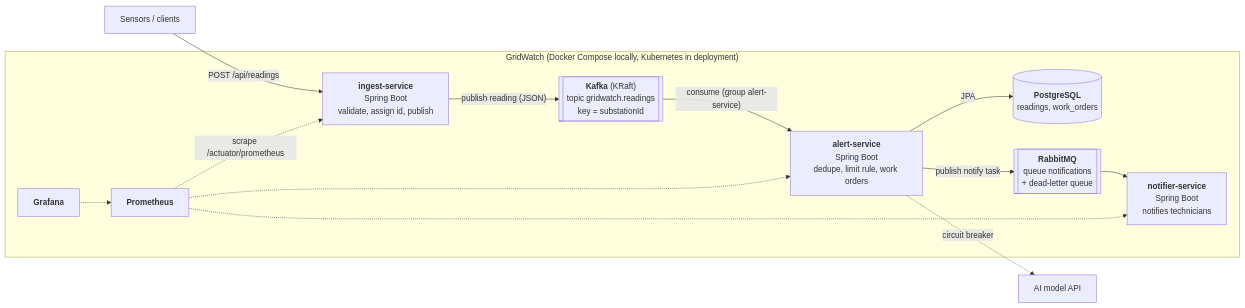
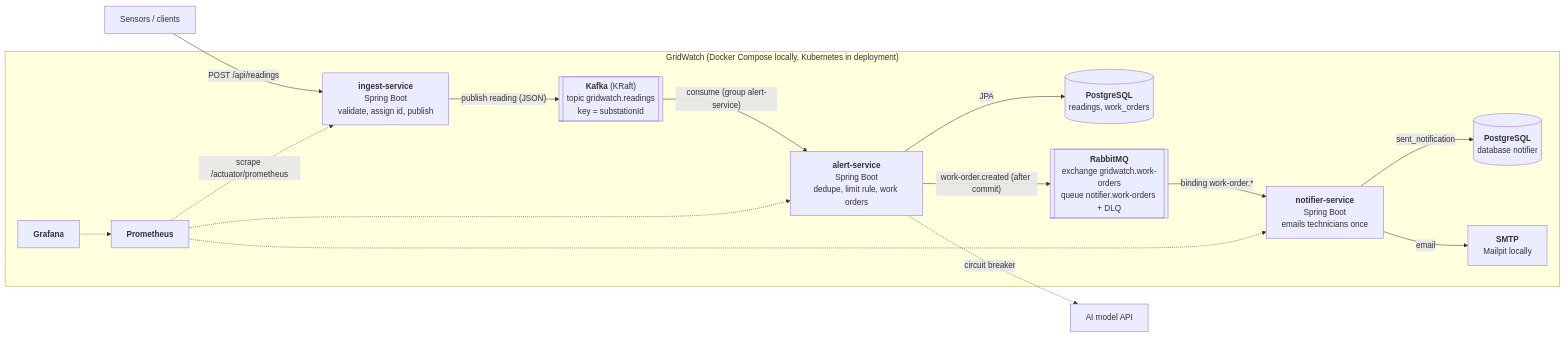
The second of 8 diagrams in docs/ARCHITECTURE.md (hapiKzm/gridwatch), drawn with Mermaid before and after one commit. The commit also changed other lines of this file and 3 other files, not shown here.

Commit message:
docs: add week 3 notes and update readme, setup and architecture for notifier-service

````diff
--- a/docs/ARCHITECTURE.md
+++ b/docs/ARCHITECTURE.md
@@ -38,29 +38,33 @@
 ```mermaid
 flowchart LR
     sensors["Sensors / clients"]
 
     subgraph gw["GridWatch (Docker Compose locally, Kubernetes in deployment)"]
         ingest["<b>ingest-service</b><br/>Spring Boot<br/>validate, assign id, publish"]
         kafka[["<b>Kafka</b> (KRaft)<br/>topic gridwatch.readings<br/>key = substationId"]]
         alert["<b>alert-service</b><br/>Spring Boot<br/>dedupe, limit rule, work orders"]
         db[("<b>PostgreSQL</b><br/>readings, work_orders")]
-        rabbit[["<b>RabbitMQ</b><br/>queue notifications<br/>+ dead-letter queue"]]
-        notifier["<b>notifier-service</b><br/>Spring Boot<br/>notifies technicians"]
+        rabbit[["<b>RabbitMQ</b><br/>exchange gridwatch.work-orders<br/>queue notifier.work-orders + DLQ"]]
+        notifier["<b>notifier-service</b><br/>Spring Boot<br/>emails technicians once"]
+        db2[("<b>PostgreSQL</b><br/>database notifier")]
+        mail["<b>SMTP</b><br/>Mailpit locally"]
         prom["<b>Prometheus</b>"]
         grafana["<b>Grafana</b>"]
     end
 
     ai["AI model API"]
 
     sensors -->|"POST /api/readings"| ingest
     ingest -->|"publish reading (JSON)"| kafka
     kafka -->|"consume (group alert-service)"| alert
     alert -->|"JPA"| db
-    alert -->|"publish notify task"| rabbit
-    rabbit --> notifier
+    alert -->|"work-order.created (after commit)"| rabbit
+    rabbit -->|"binding work-order.*"| notifier
+    notifier -->|"sent_notification"| db2
+    notifier -->|"email"| mail
     alert -.->|"circuit breaker"| ai
     prom -.->|"scrape /actuator/prometheus"| ingest
     prom -.-> alert
     prom -.-> notifier
     grafana -.-> prom
 ```
````
